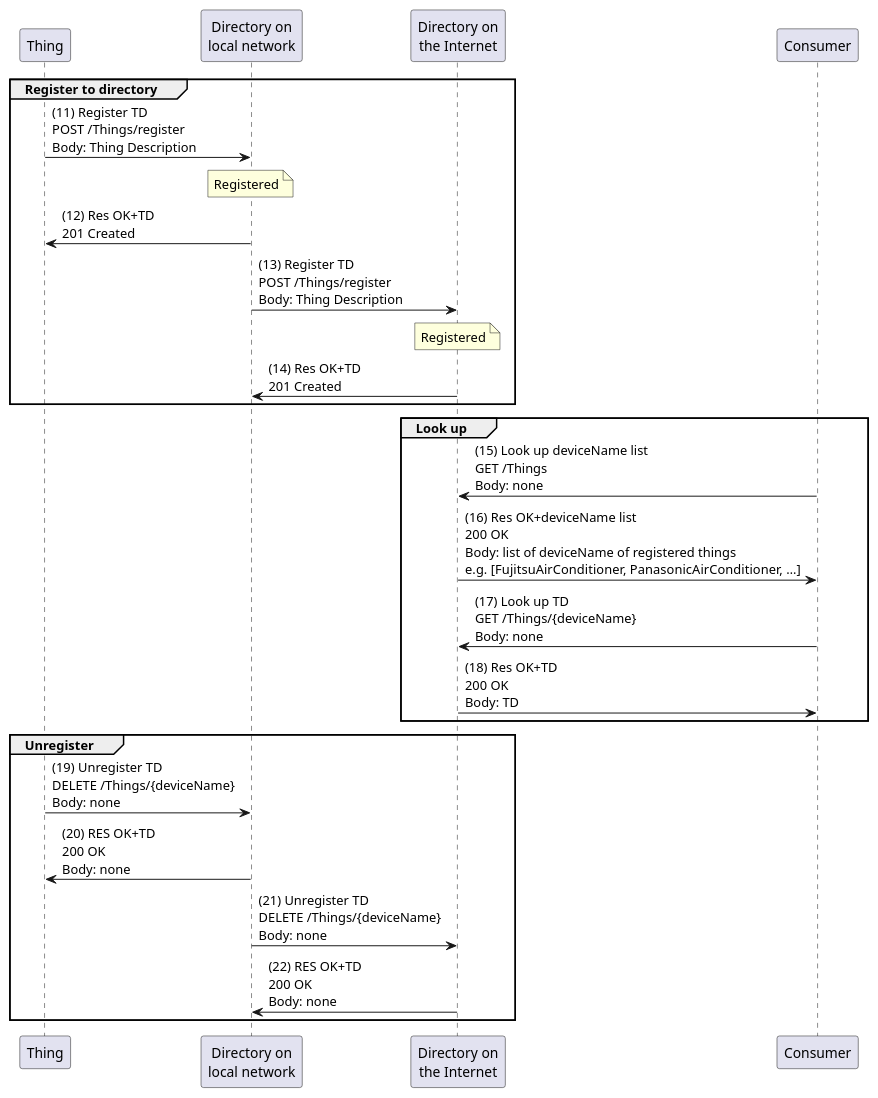
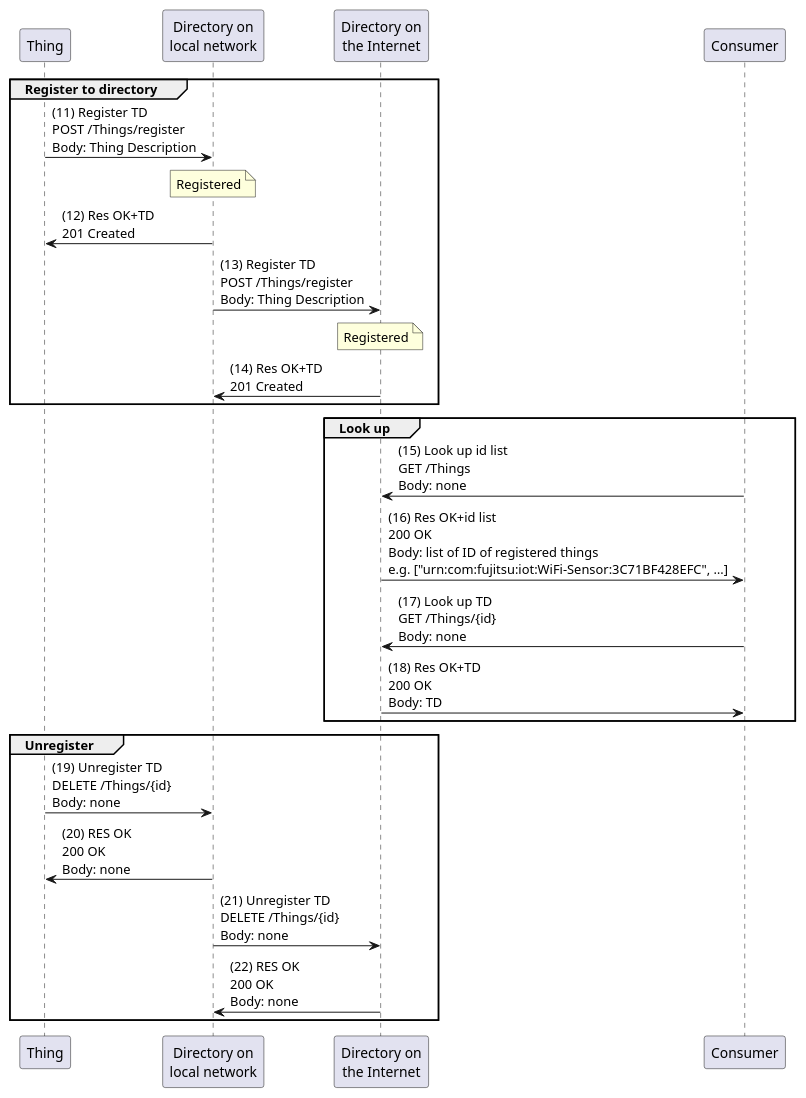
Before and after one commit to w3c/wot-discovery: the diagram in prior-work/fujitsu/fujitsu_seq_register2.puml, drawn with PlantUML. The commit also changed 3 other files, not shown here.

Commit message:
update sequence diagrams

```diff
--- a/prior-work/fujitsu/fujitsu_seq_register2.puml
+++ b/prior-work/fujitsu/fujitsu_seq_register2.puml
@@ -1,28 +1,28 @@
 @startuml
 skinparam defaultFontName "Noto Sans"
 participant "Thing" as Thing
 participant "Directory on\nlocal network" as LDirectory
 participant "Directory on\nthe Internet" as RDirectory
 participant "Consumer" as Consumer
 
 group Register to directory
     Thing -> LDirectory      : (11) Register TD\nPOST /Things/register\nBody: Thing Description
     note over LDirectory     : Registered
     LDirectory -> Thing      : (12) Res OK+TD\n201 Created
     LDirectory -> RDirectory : (13) Register TD\nPOST /Things/register\nBody: Thing Description
     note over RDirectory     : Registered
     RDirectory -> LDirectory : (14) Res OK+TD\n201 Created
 end
 group Look up 
-    Consumer -> RDirectory   : (15) Look up deviceName list\nGET /Things\nBody: none
-    RDirectory -> Consumer   : (16) Res OK+deviceName list\n200 OK\nBody: list of deviceName of registered things\ne.g. [FujitsuAirConditioner, PanasonicAirConditioner, …]
-    Consumer -> RDirectory   : (17) Look up TD\nGET /Things/{deviceName}\nBody: none
+    Consumer -> RDirectory   : (15) Look up id list\nGET /Things\nBody: none
+    RDirectory -> Consumer   : (16) Res OK+id list\n200 OK\nBody: list of ID of registered things\ne.g. ["urn:com:fujitsu:iot:WiFi-Sensor:3C71BF428EFC", …]
+    Consumer -> RDirectory   : (17) Look up TD\nGET /Things/{id}\nBody: none
     RDirectory -> Consumer   : (18) Res OK+TD\n200 OK\nBody: TD
 end
 group Unregister
-    Thing -> LDirectory      : (19) Unregister TD\nDELETE /Things/{deviceName}\nBody: none
-    LDirectory -> Thing      : (20) RES OK+TD\n200 OK\nBody: none
-    LDirectory -> RDirectory : (21) Unregister TD\nDELETE /Things/{deviceName}\nBody: none
-    RDirectory -> LDirectory : (22) RES OK+TD\n200 OK\nBody: none
+    Thing -> LDirectory      : (19) Unregister TD\nDELETE /Things/{id}\nBody: none
+    LDirectory -> Thing      : (20) RES OK\n200 OK\nBody: none
+    LDirectory -> RDirectory : (21) Unregister TD\nDELETE /Things/{id}\nBody: none
+    RDirectory -> LDirectory : (22) RES OK\n200 OK\nBody: none
 end
 @enduml
```
